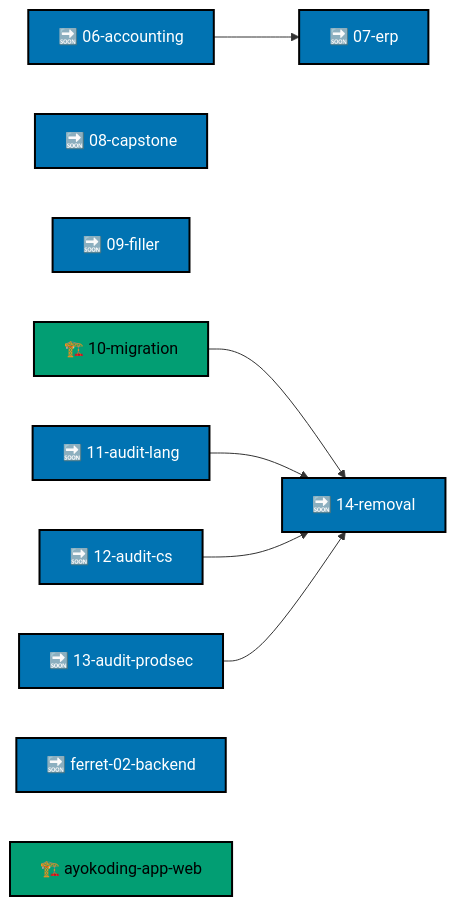
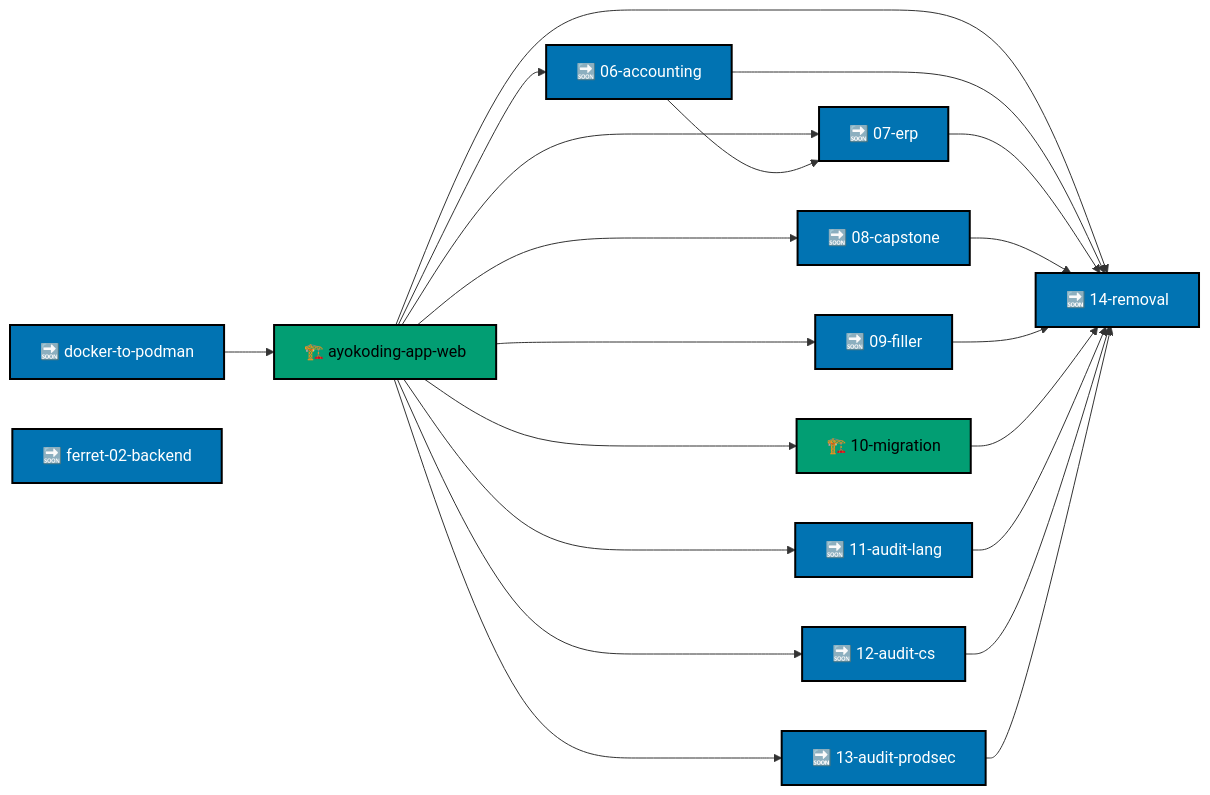
One commit to wahidyankf/ose-public changed the diagram in plans/README.md. Above: the diagram before and after it, drawn with Mermaid. The commit also changed other lines of this file and 74 other files, not shown here.

Commit message:
docs(plans): schedule Podman migration before AyoKoding work (#744)

````diff
--- a/plans/README.md
+++ b/plans/README.md
@@ -32,24 +32,39 @@
 ```mermaid
 flowchart LR
   accTitle: Plan order
-  accDescr: Eleven live plans; the Phoenix rewrite runs independently of the AyoKoding content series.
+  accDescr: Twelve live plans; the Podman migration precedes Phoenix, Phoenix precedes every live AyoKoding plan, and plans 06 through 13 also precede the plan 14 terminal gate.
+  POD["🔜 docker-to-podman"]:::backlog
+  PHX["🏗️ ayokoding-app-web"]:::inprogress
+  P10["🏗️ 10-migration"]:::inprogress
   P06["🔜 06-accounting"]:::backlog
   P07["🔜 07-erp"]:::backlog
   P08["🔜 08-capstone"]:::backlog
   P09["🔜 09-filler"]:::backlog
-  P10["🏗️ 10-migration"]:::inprogress
   P11["🔜 11-audit-lang"]:::backlog
   P12["🔜 12-audit-cs"]:::backlog
   P13["🔜 13-audit-prodsec"]:::backlog
   P14["🔜 14-removal"]:::backlog
   FER["🔜 ferret-02-backend"]:::backlog
-  PHX["🏗️ ayokoding-app-web"]:::inprogress
+  POD --> PHX
+  PHX --> P06
+  PHX --> P07
+  PHX --> P08
+  PHX --> P09
+  PHX --> P10
+  PHX --> P11
+  PHX --> P12
+  PHX --> P13
+  PHX --> P14
   P06 --> P07
+  P06 --> P14
+  P07 --> P14
+  P08 --> P14
+  P09 --> P14
   P10 --> P14
   P11 --> P14
   P12 --> P14
   P13 --> P14
   classDef backlog fill:#0173B2,stroke:#000000,color:#FFFFFF,stroke-width:2px
   classDef inprogress fill:#029E73,stroke:#000000,color:#000000,stroke-width:2px
   classDef default fill:#FFFFFF,stroke:#000000,color:#000000
 ```
````
